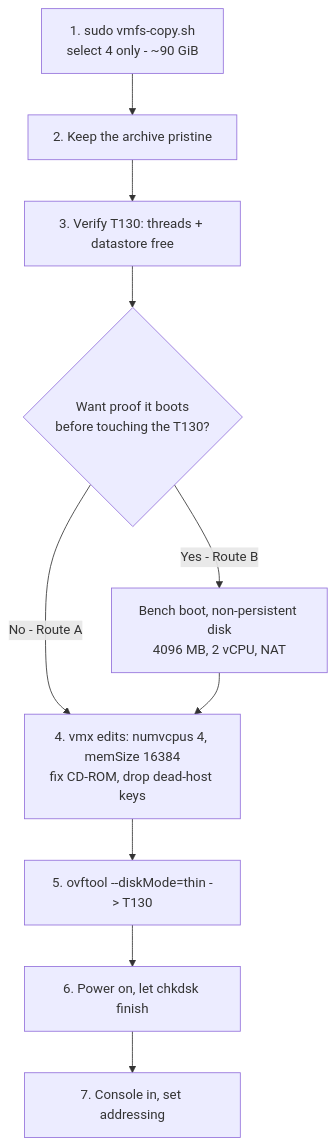
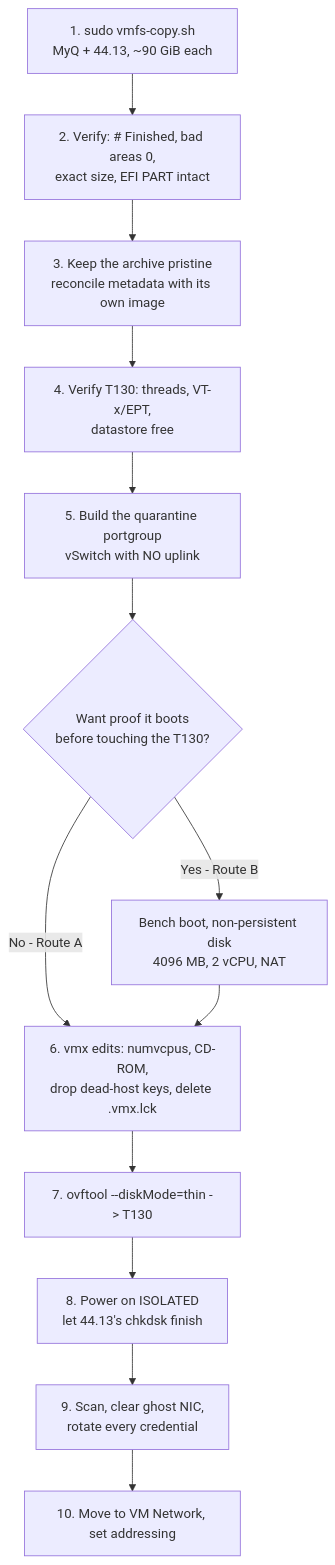
One commit to aniksarakash/VFMS_Recovery changed the fifth of 5 diagrams in MIGRATION.md. Above: the diagram before and after it, drawn with Mermaid. The commit also changed other lines of this file and 1 other file, not shown here.

First line of the commit message:
Rewrite the runbook against the datastore actually attached

````diff
--- a/MIGRATION.md
+++ b/MIGRATION.md
@@ -544,12 +850,15 @@
 ```mermaid
 flowchart TD
-  A["1. sudo vmfs-copy.sh<br/>select 4 only - ~90 GiB"] --> B["2. Keep the archive pristine"]
-  B --> C["3. Verify T130: threads + datastore free"]
-  C --> D{"Want proof it boots<br/>before touching the T130?"}
-  D -->|"No - Route A"| F
-  D -->|"Yes - Route B"| E["Bench boot, non-persistent disk<br/>4096 MB, 2 vCPU, NAT"]
-  E --> F["4. vmx edits: numvcpus 4, memSize 16384<br/>fix CD-ROM, drop dead-host keys"]
-  F --> G["5. ovftool --diskMode=thin -> T130"]
-  G --> H["6. Power on, let chkdsk finish"]
-  H --> I["7. Console in, set addressing"]
+  A["1. sudo vmfs-copy.sh<br/>MyQ + 44.13, ~90 GiB each"] --> B["2. Verify: # Finished, bad areas 0,<br/>exact size, EFI PART intact"]
+  B --> C["3. Keep the archive pristine<br/>reconcile metadata with its own image"]
+  C --> D["4. Verify T130: threads, VT-x/EPT,<br/>datastore free"]
+  D --> E["5. Build the quarantine portgroup<br/>vSwitch with NO uplink"]
+  E --> F{"Want proof it boots<br/>before touching the T130?"}
+  F -->|"No - Route A"| H
+  F -->|"Yes - Route B"| G["Bench boot, non-persistent disk<br/>4096 MB, 2 vCPU, NAT"]
+  G --> H["6. vmx edits: numvcpus, CD-ROM,<br/>drop dead-host keys, delete .vmx.lck"]
+  H --> I["7. ovftool --diskMode=thin -> T130"]
+  I --> J["8. Power on ISOLATED<br/>let 44.13's chkdsk finish"]
+  J --> K["9. Scan, clear ghost NIC,<br/>rotate every credential"]
+  K --> L["10. Move to VM Network, set addressing"]
 ```
````
